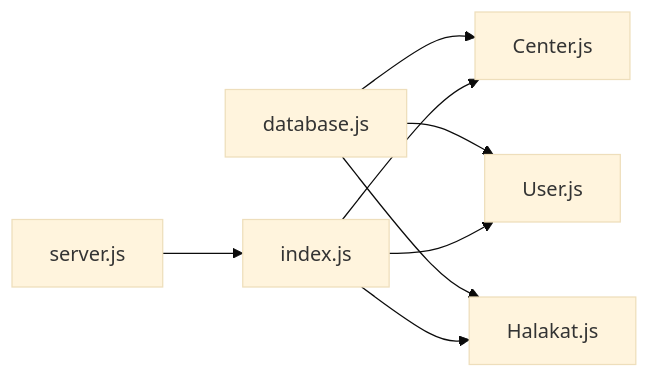
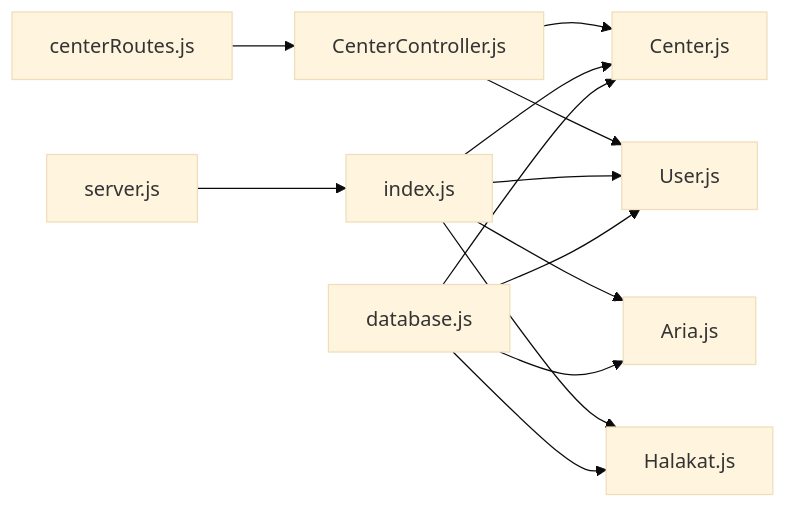
One commit to Mreng78/khirocom_project changed the sixth of 6 diagrams in .qoder/repowiki/en/content/Database Design/Center Model.md. Above: the diagram before and after it, drawn with Mermaid (base theme). The commit also changed other lines of this file and 13 other files, not shown here.

````diff
--- a/.qoder/repowiki/en/content/Database Design/Center Model.md
+++ b/.qoder/repowiki/en/content/Database Design/Center Model.md
@@ -262,10 +365,15 @@
 ```mermaid
 graph LR
 DB["database.js"] --> Center["Center.js"]
 DB --> User["User.js"]
+DB --> Aria["Aria.js"]
 DB --> Halakat["Halakat.js"]
 Index["index.js"] --> Center
 Index --> User
+Index --> Aria
 Index --> Halakat
 Server["server.js"] --> Index
+Controller["CenterController.js"] --> Center
+Controller --> User
+Routes["centerRoutes.js"] --> Controller
 ```
````
